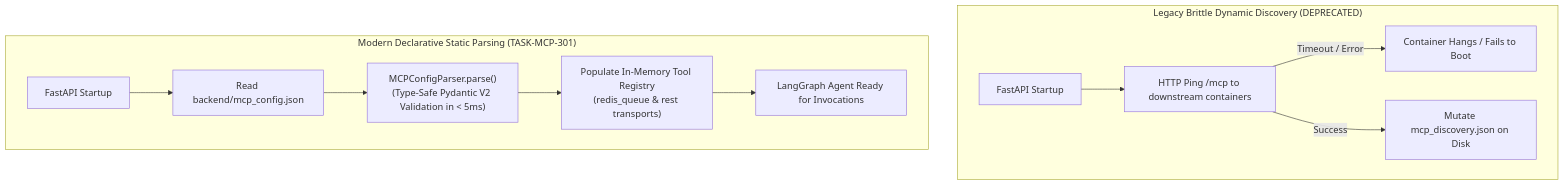
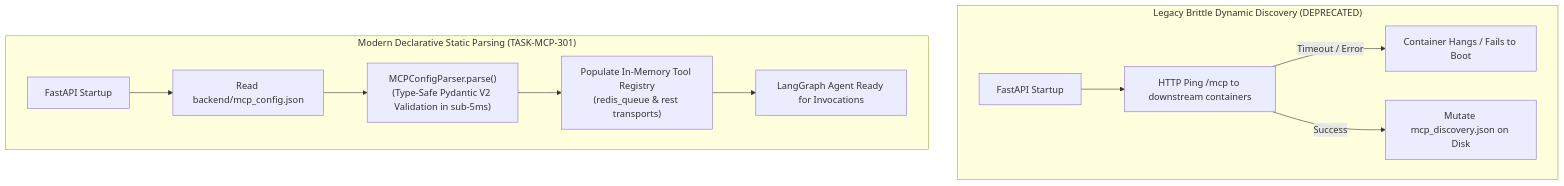
Before and after one commit to akvo/akvo-rag: the diagram in docs/features/009_mcp_301_mcp_config_schema_and_static_parser_spec.md, drawn with Mermaid. The commit also changed 7 other files, not shown here.

Commit message:
docs(features): create 012_mcp_304 spec and fix mermaid diagram rendering across specs

````diff
--- a/docs/features/009_mcp_301_mcp_config_schema_and_static_parser_spec.md
+++ b/docs/features/009_mcp_301_mcp_config_schema_and_static_parser_spec.md
@@ -42,15 +42,15 @@
 ```mermaid
 graph TD
     subgraph LegacyFlow["Legacy Brittle Dynamic Discovery (DEPRECATED)"]
         Boot1["FastAPI Startup"] --> NetPing["HTTP Ping /mcp to downstream containers"]
         NetPing -- "Timeout / Error" --> Crash["Container Hangs / Fails to Boot"]
         NetPing -- "Success" --> WriteDisk["Mutate mcp_discovery.json on Disk"]
     end
 
     subgraph ModernFlow["Modern Declarative Static Parsing (TASK-MCP-301)"]
         Boot2["FastAPI Startup"] --> ReadConfig["Read backend/mcp_config.json"]
-        ReadConfig --> PydanticParse["MCPConfigParser.parse()<br/>(Type-Safe Pydantic V2 Validation in < 5ms)"]
+        ReadConfig --> PydanticParse["MCPConfigParser.parse()<br/>(Type-Safe Pydantic V2 Validation in sub-5ms)"]
         PydanticParse --> Registry["Populate In-Memory Tool Registry<br/>(redis_queue & rest transports)"]
         Registry --> LangGraphReady["LangGraph Agent Ready for Invocations"]
     end
 ```
````
